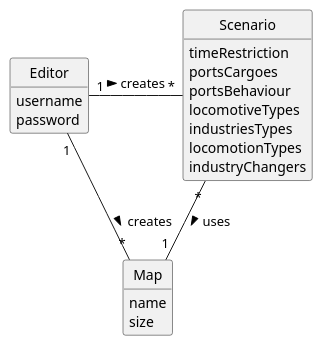
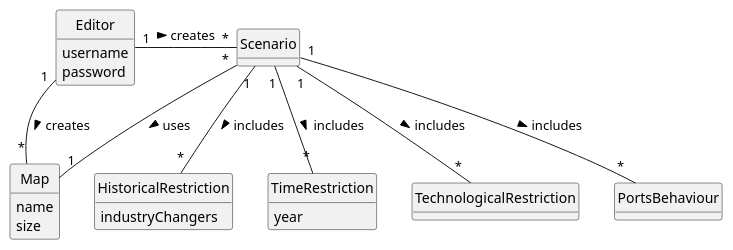
The diagram in Sprint2/US004/02.analysis/puml/US004-DM.puml (1240935/pi2-railway-simulator), drawn with PlantUML before and after one commit. The commit also changed 19 other files, not shown here.

```diff
--- a/Sprint2/US004/02.analysis/puml/US004-DM.puml
+++ b/Sprint2/US004/02.analysis/puml/US004-DM.puml
@@ -1,36 +1,47 @@
 @startuml
 skinparam monochrome true
 skinparam packageStyle rectangle
 skinparam shadowing false
 'skinparam linetype ortho
 'left to right direction
 skinparam classAttributeIconSize 0
 hide circle
 hide methods
 
 
 class Map {
     name
     size
 }
 
 class Scenario {
-    timeRestriction
-    portsCargoes
-    portsBehaviour
-    locomotiveTypes
-    industriesTypes
-    locomotionTypes
-    industryChangers
 }
 
 class Editor {
     username
     password
 }
 
+class HistoricalRestriction{
+    industryChangers
+}
+
+class TimeRestriction{
+    year
+}
+
+class TechnologicalRestriction{
+}
+
+class PortsBehaviour{
+}
+
 Editor "1" - "*" Map : creates >
 Editor "1" - "*" Scenario : creates >
 Scenario "*" -- "1" Map : uses >
+Scenario "1" -- "*" HistoricalRestriction: includes >
+Scenario "1" -- "*" TechnologicalRestriction: includes >
+Scenario "1" -- "*" TimeRestriction: includes >
+Scenario "1" -- "*" PortsBehaviour: includes >
 
 @enduml
```
